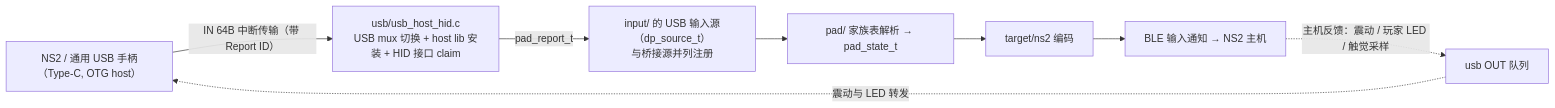
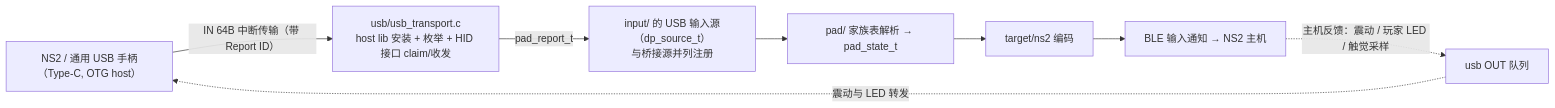
The first of 2 diagrams in docs/usb-input-plan.md (slime7/remapad), drawn with Mermaid before and after one commit. The commit also changed other lines of this file and 11 other files, not shown here.

First line of the commit message:
docs: 记录 USB host 直插、同代透传与反馈写回，新增 ADR 0026/0027

````diff
--- a/docs/usb-input-plan.md
+++ b/docs/usb-input-plan.md
@@ -16,18 +16,18 @@
 ```mermaid
 flowchart LR
     Pad["NS2 / 通用 USB 手柄（Type-C, OTG host）"]
-    Host["usb/usb_host_hid.c<br/>USB mux 切换 + host lib 安装 + HID 接口 claim"]
+    Host["usb/usb_transport.c<br/>host lib 安装 + 枚举 + HID 接口 claim/收发"]
     Src["input/ 的 USB 输入源（dp_source_t）<br/>与桥接源并列注册"]
     Parse["pad/ 家族表解析 → pad_state_t"]
     Tgt["target/ns2 编码"]
     BLE["BLE 输入通知 → NS2 主机"]
     Out["usb OUT 队列"]
 
     Pad -->|"IN 64B 中断传输（带 Report ID）"| Host
     Host -->|pad_report_t| Src
     Src --> Parse
     Parse --> Tgt
     Tgt --> BLE
     BLE -. "主机反馈：震动 / 玩家 LED / 触觉采样" .-> Out
     Out -. "震动与 LED 转发" .-> Pad
 ```
````
